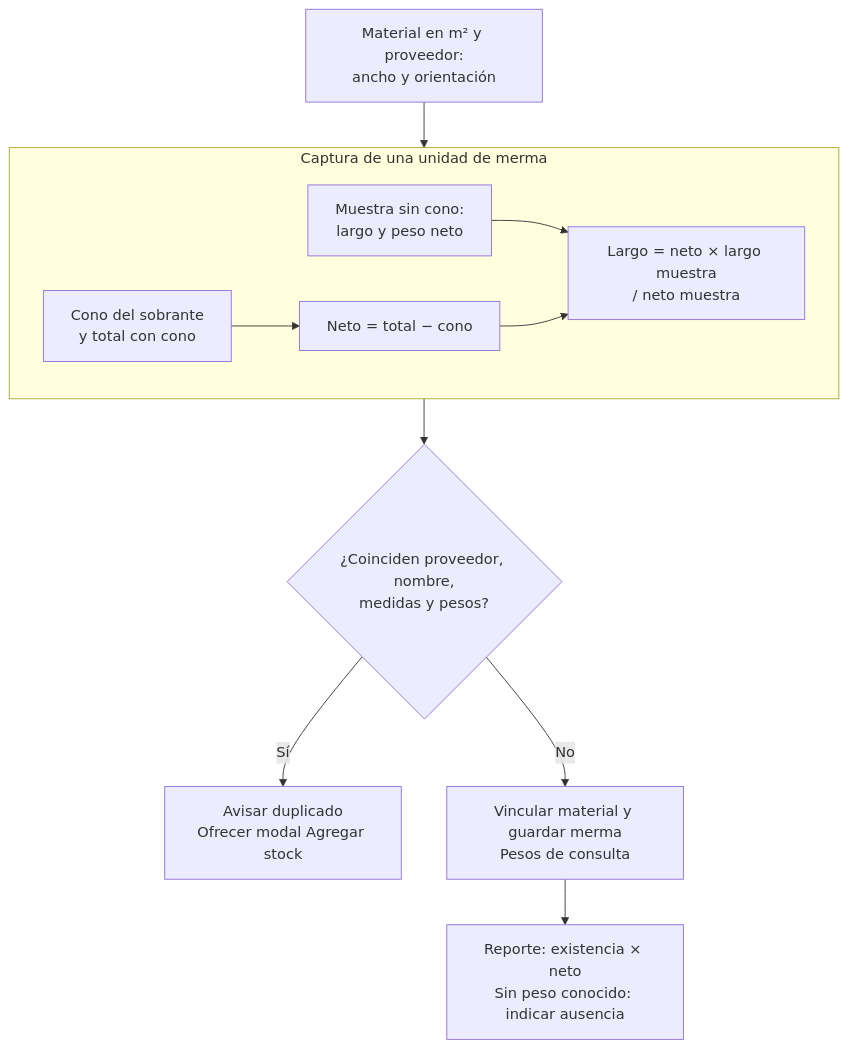
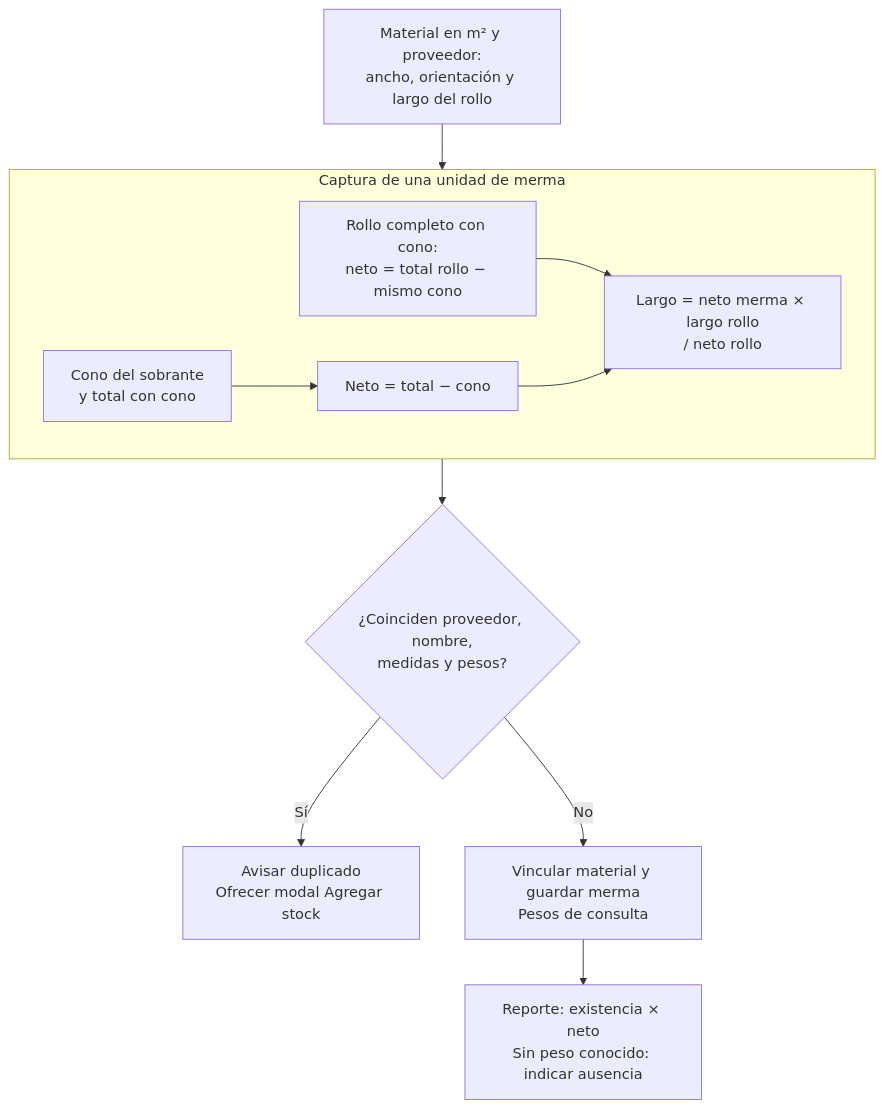
Before and after one commit to gpgsistemas01/nexus: the diagram in docs/requirements/requirements-specification/04-unified-catalog-by-scope/04-queries-reports-and-modeled-functions.md, drawn with Mermaid. The commit also changed other lines of this file and 40 other files, not shown here.

First line of the commit message:
Calcula la merma con el peso del rollo completo y el mismo cono

````diff
--- a/docs/requirements/requirements-specification/04-unified-catalog-by-scope/04-queries-reports-and-modeled-functions.md
+++ b/docs/requirements/requirements-specification/04-unified-catalog-by-scope/04-queries-reports-and-modeled-functions.md
@@ -68,14 +68,14 @@
 ```mermaid
 flowchart TB
-    Origen["Material en m² y proveedor:<br/>ancho y orientación"] --> Pesos
+    Origen["Material en m² y proveedor:<br/>ancho, orientación y largo del rollo"] --> Pesos
     subgraph Pesos["Captura de una unidad de merma"]
         direction LR
         Captura["Cono del sobrante<br/>y total con cono"] --> Neto["Neto = total − cono"]
-        Muestra["Muestra sin cono:<br/>largo y peso neto"] --> Largo
-        Neto --> Largo["Largo = neto × largo muestra<br/>/ neto muestra"]
+        Muestra["Rollo completo con cono:<br/>neto = total rollo − mismo cono"] --> Largo
+        Neto --> Largo["Largo = neto merma × largo rollo<br/>/ neto rollo"]
     end
     Pesos --> Identidad{"¿Coinciden proveedor, nombre,<br/>medidas y pesos?"}
     Identidad -->|Sí| Stock["Avisar duplicado<br/>Ofrecer modal Agregar stock"]
     Identidad -->|No| Guardar["Vincular material y guardar merma<br/>Pesos de consulta"]
     Guardar --> Reporte["Reporte: existencia × neto<br/>Sin peso conocido: indicar ausencia"]
 ```
````
